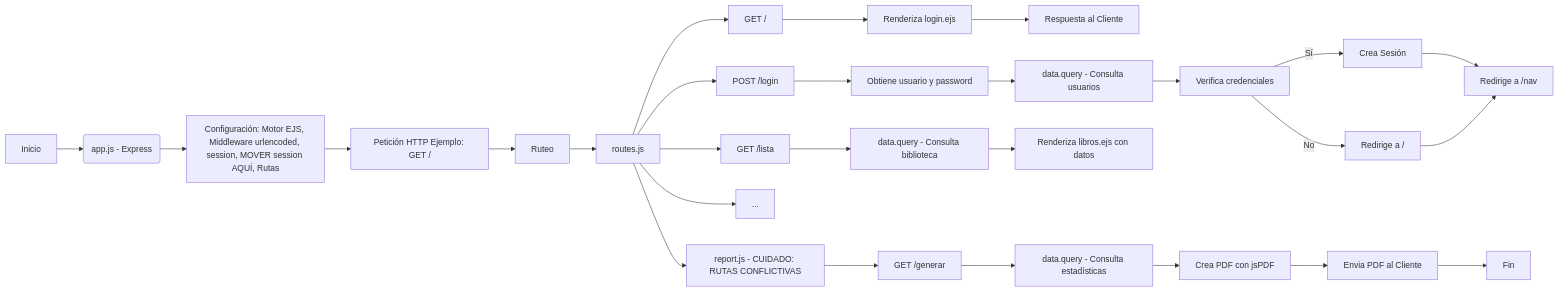
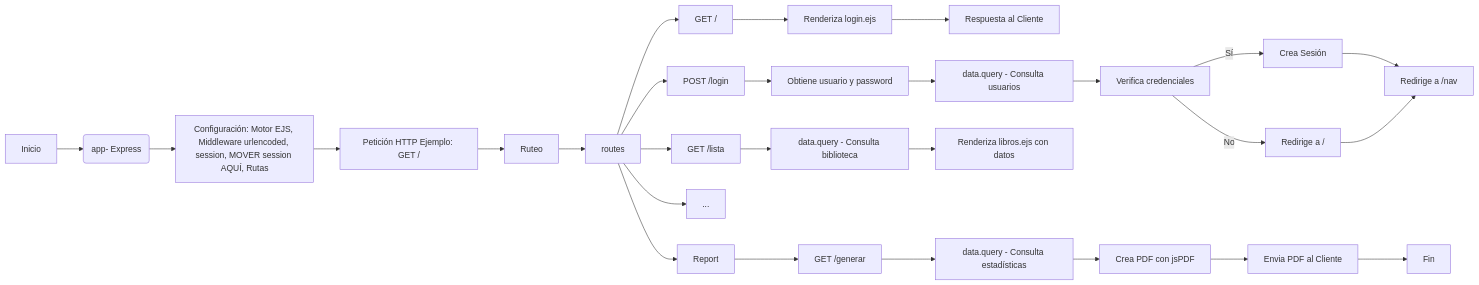
One commit to michaelcele/proyecto changed the diagram in README.md. Above: the diagram before and after it, drawn with Mermaid.

````diff
--- a/README.md
+++ b/README.md
@@ -2,29 +2,29 @@
 ```mermaid
 graph LR
-A[Inicio] --> B(app.js - Express);
+A[Inicio] --> B(app- Express);
 B --> C[Configuración: Motor EJS, Middleware urlencoded, session, MOVER session AQUÍ, Rutas];
 C --> D[Petición HTTP Ejemplo: GET /];
 D --> E[Ruteo];
-E --> F[routes.js];
+E --> F[routes];
 F --> G[GET /];
 G --> H[Renderiza login.ejs];
 H --> I[Respuesta al Cliente];
 F --> J[POST /login];
 J --> K[Obtiene usuario y password];
 K --> L[data.query - Consulta usuarios];
 L --> M[Verifica credenciales];
 M -- Sí --> N[Crea Sesión];
 M -- No --> O[Redirige a /];
 N --> P[Redirige a /nav];
 O --> P;
 F --> Q[GET /lista];
 Q --> R[data.query - Consulta biblioteca];
 R --> S[Renderiza libros.ejs con datos];
 F --> T[...];
-F --> U[report.js - CUIDADO: RUTAS CONFLICTIVAS];
+F --> U[Report];
 U --> V[GET /generar];
 V --> W[data.query - Consulta estadísticas];
 W --> X[Crea PDF con jsPDF];
 X --> Y[Envia PDF al Cliente];
 Y --> Z[Fin];
 ```
````
